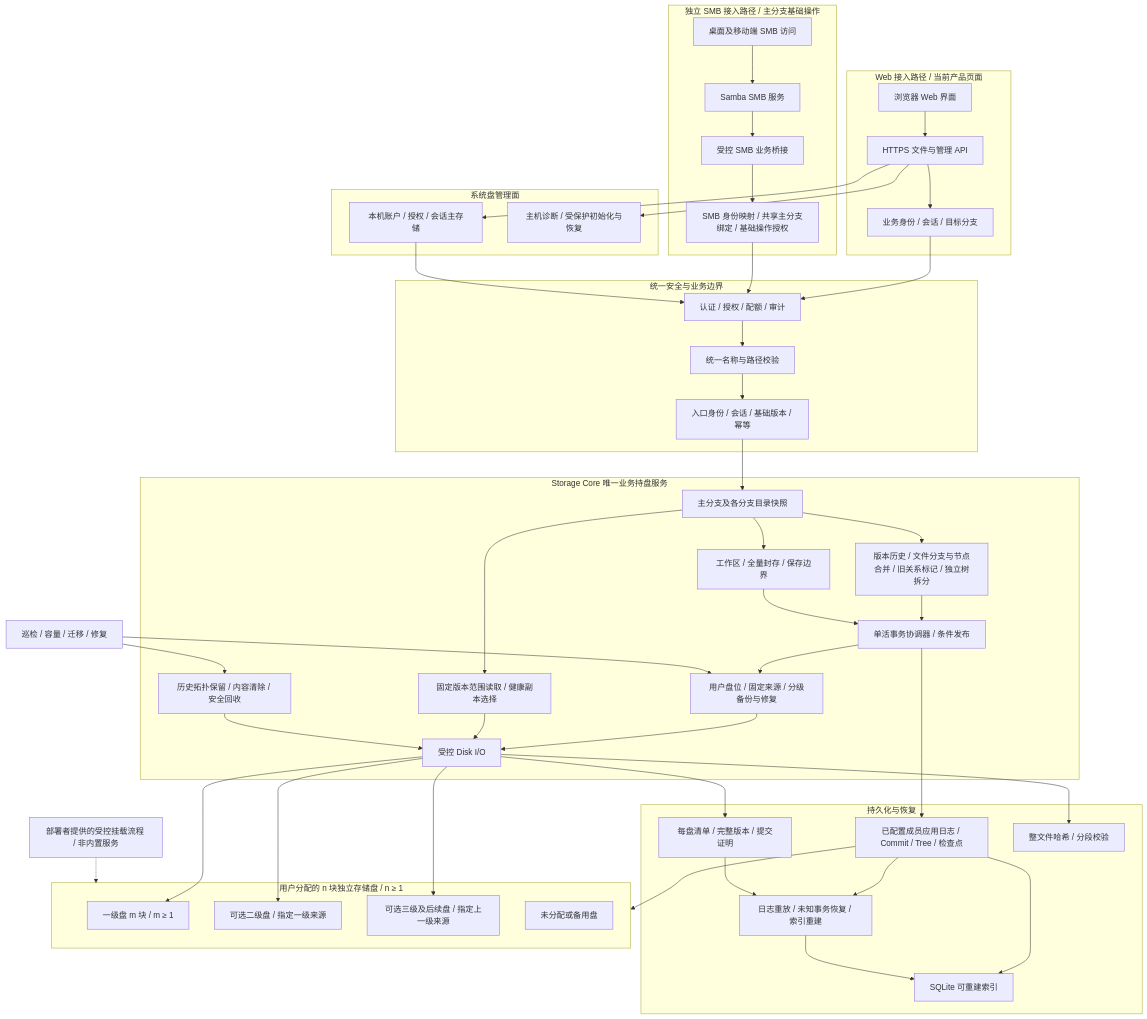
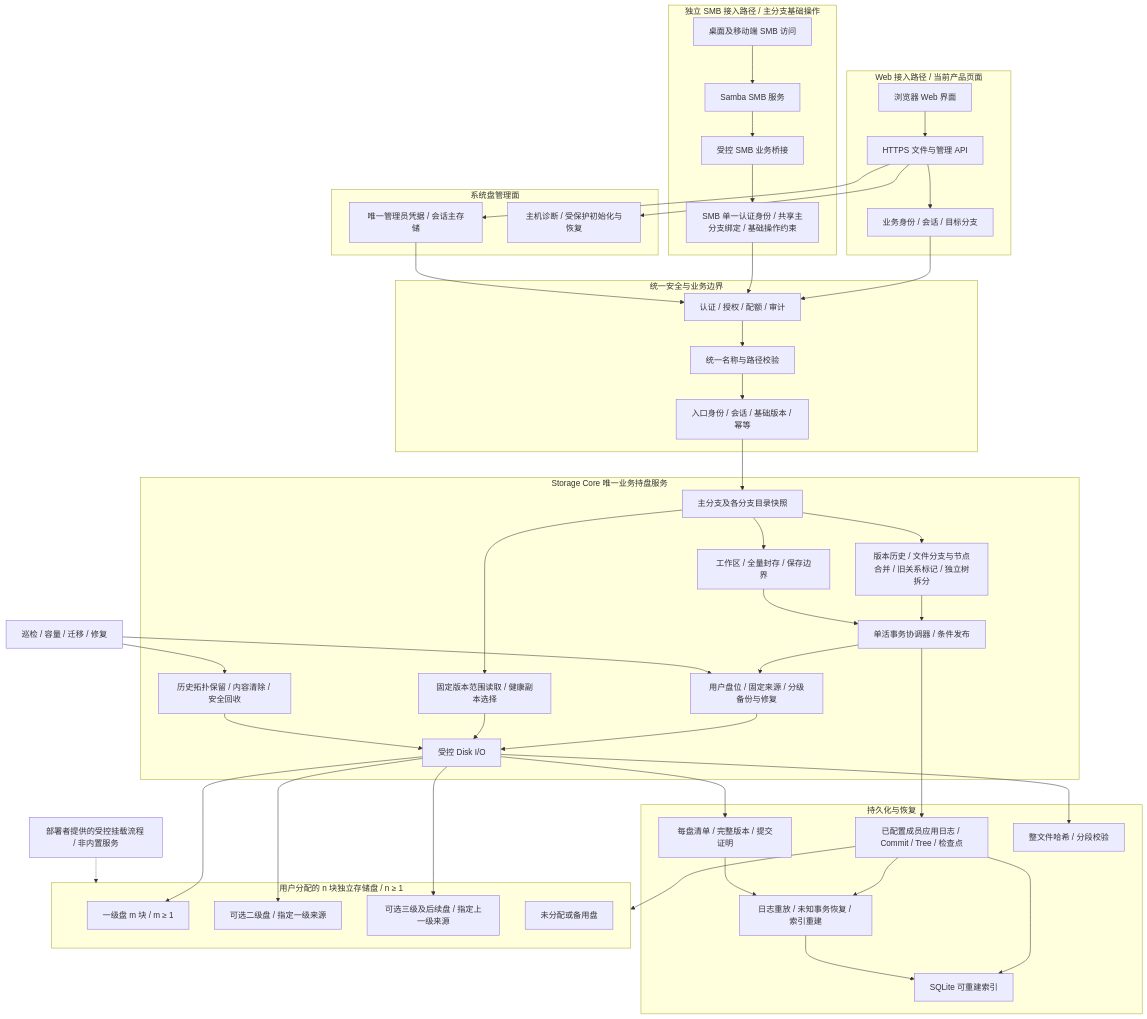
The diagram in docs/03-architecture.md (isarmg/xcs), drawn with Mermaid before and after one commit. The commit also changed other lines of this file and 199 other files, not shown here.

````diff
--- a/docs/03-architecture.md
+++ b/docs/03-architecture.md
@@ -19,81 +19,81 @@
 ```mermaid
 flowchart TB
     subgraph WEB_ACCESS[Web 接入路径 / 当前产品页面]
         WEB[浏览器 Web 界面]
         API[HTTPS 文件与管理 API]
         AAUTH[业务身份 / 会话 / 目标分支]
         WEB --> API
         API --> AAUTH
     end
 
     subgraph SMB_ACCESS[独立 SMB 接入路径 / 主分支基础操作]
         SACCESS[桌面及移动端 SMB 访问]
         SAMBA[Samba SMB 服务]
         SBRIDGE[受控 SMB 业务桥接]
-        SAUTH[SMB 身份映射 / 共享主分支绑定 / 基础操作授权]
+        SAUTH[SMB 单一认证身份 / 共享主分支绑定 / 基础操作约束]
         SACCESS --> SAMBA
         SAMBA --> SBRIDGE
         SBRIDGE --> SAUTH
     end
 
     subgraph MANAGEMENT[系统盘管理面]
-        PRIMARY[本机账户 / 授权 / 会话主存储]
+        PRIMARY[唯一管理员凭据 / 会话主存储]
         HOST[主机诊断 / 受保护初始化与恢复]
     end
     API --> PRIMARY
     API --> HOST
 
     subgraph C[统一安全与业务边界]
         AUTH[认证 / 授权 / 配额 / 审计]
         NAME[统一名称与路径校验]
         SESS[入口身份 / 会话 / 基础版本 / 幂等]
     end
     AAUTH --> AUTH
     SAUTH --> AUTH
     PRIMARY --> AUTH
     AUTH --> NAME --> SESS
     subgraph DCORE[Storage Core 唯一业务持盘服务]
         NS[主分支及各分支目录快照]
         HIST[版本历史 / 文件分支与节点合并 / 旧关系标记 / 独立树拆分]
         READ[固定版本范围读取 / 健康副本选择]
         WORK[工作区 / 全量封存 / 保存边界]
         TX[单活事务协调器 / 条件发布]
         REP[用户盘位 / 固定来源 / 分级备份与修复]
         GC[历史拓扑保留 / 内容清除 / 安全回收]
         IO[受控 Disk I/O]
     end
     SESS --> NS
     NS --> HIST
     NS --> READ
     NS --> WORK
     HIST --> TX
     WORK --> TX
     TX --> REP --> IO
     READ --> IO
     GC --> IO
     subgraph E[持久化与恢复]
         LOG[已配置成员应用日志 / Commit / Tree / 检查点]
         IDX[SQLite 可重建索引]
         MAN[每盘清单 / 完整版本 / 提交证明]
         CHECK[整文件哈希 / 分段校验]
         REC[日志重放 / 未知事务恢复 / 索引重建]
     end
     TX --> LOG --> IDX
     IO --> MAN
     IO --> CHECK
     LOG --> REC
     MAN --> REC --> IDX
     subgraph DISKS[用户分配的 n 块独立存储盘 / n ≥ 1]
         P[一级盘 m 块 / m ≥ 1]
         B2[可选二级盘 / 指定一级来源]
         B3[可选三级及后续盘 / 指定上一级来源]
         SP[未分配或备用盘]
     end
     IO --> P
     IO --> B2
     IO --> B3
     LOG --> DISKS
     HELPER[部署者提供的受控挂载流程 / 非内置服务] -.-> DISKS
     MAINT[巡检 / 容量 / 迁移 / 修复] --> REP
     MAINT --> GC
 ```
````
